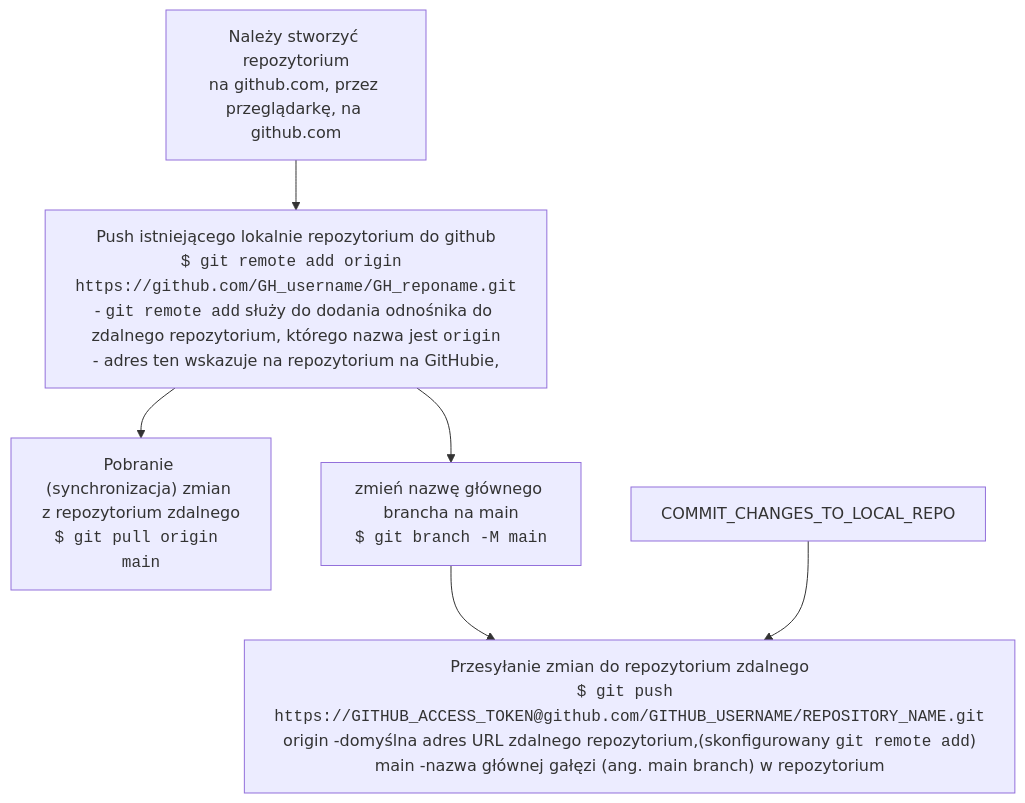
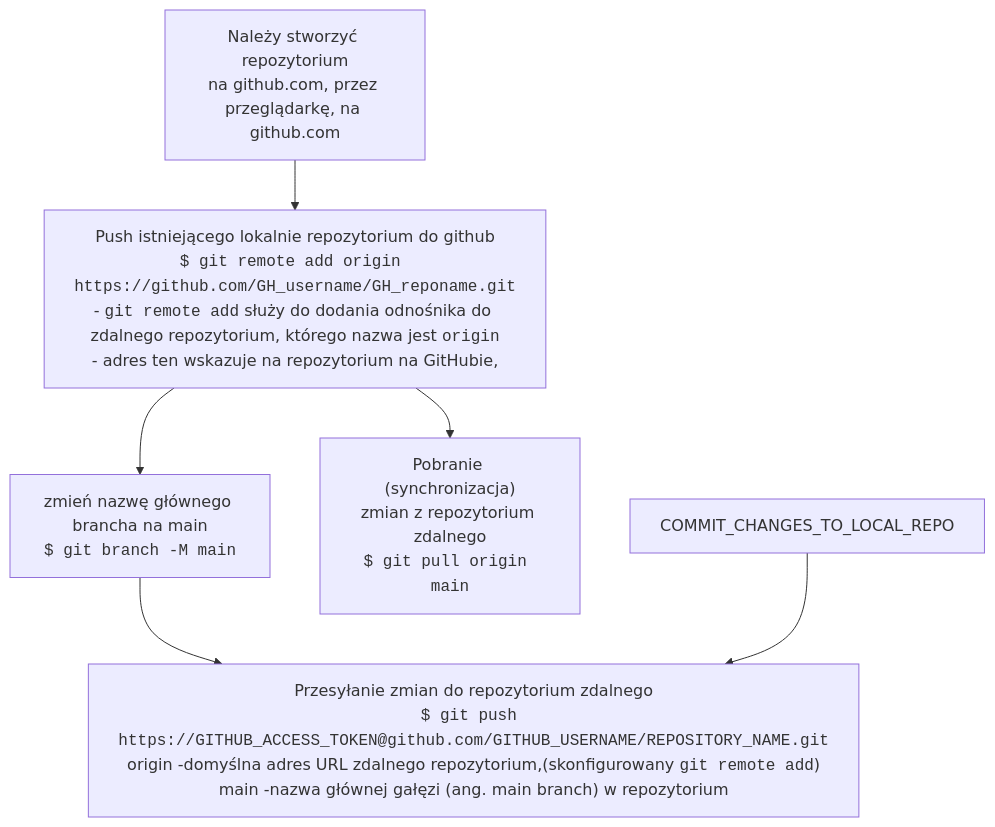
One commit to dankuc237/notatki changed the second of 3 diagrams in git-graph.md. Above: the diagram before and after it, drawn with Mermaid.

Commit message:
kolejny commit

````diff
--- a/git-graph.md
+++ b/git-graph.md
@@ -33,15 +33,15 @@
 ```mermaid
 graph TB
         CREATE_GITHUB_REPO["Należy stworzyć repozytorium<br>na github.com, przez przeglądarkę, na github.com"]
         ADD_FILE_TO_REMOTE_REPO["Push istniejącego lokalnie repozytorium do github<br><code>$ git remote add origin https://github.com/GH_username/GH_reponame.git</code><br>- <code>git remote add</code> służy do dodania odnośnika do zdalnego repozytorium, którego nazwa jest <code>origin</code><br>- adres ten wskazuje na repozytorium na GitHubie,"]
         PUSH_TO_GITHUB["Przesyłanie zmian do repozytorium zdalnego<br><code>$ git push https://GITHUB_ACCESS_TOKEN@github.com/GITHUB_USERNAME/REPOSITORY_NAME.git</code><br>origin -domyślna adres URL zdalnego repozytorium,(skonfigurowany <code>git remote add</code>)<br>main -nazwa głównej gałęzi (ang. main branch) w repozytorium"]
-        UPDATE_LOCAL_REPOSITORY["Pobranie (synchronizacja) zmian z repozytorium zdalnego<br><code>$ git pull origin main</code>"]
         RENAME_MAIN["zmień nazwę głównego brancha na main<br><code>$ git branch -M main</code>"]
+        UPDATE_LOCAL_REPOSITORY["Pobranie (synchronizacja)<br>zmian z repozytorium zdalnego<br><code>$ git pull origin main</code>"]
 
         ADD_FILE_TO_REMOTE_REPO --> UPDATE_LOCAL_REPOSITORY
         ADD_FILE_TO_REMOTE_REPO --> RENAME_MAIN
         RENAME_MAIN --> PUSH_TO_GITHUB
         CREATE_GITHUB_REPO --> ADD_FILE_TO_REMOTE_REPO
 
         COMMIT_CHANGES_TO_LOCAL_REPO --> PUSH_TO_GITHUB
 ```
````
